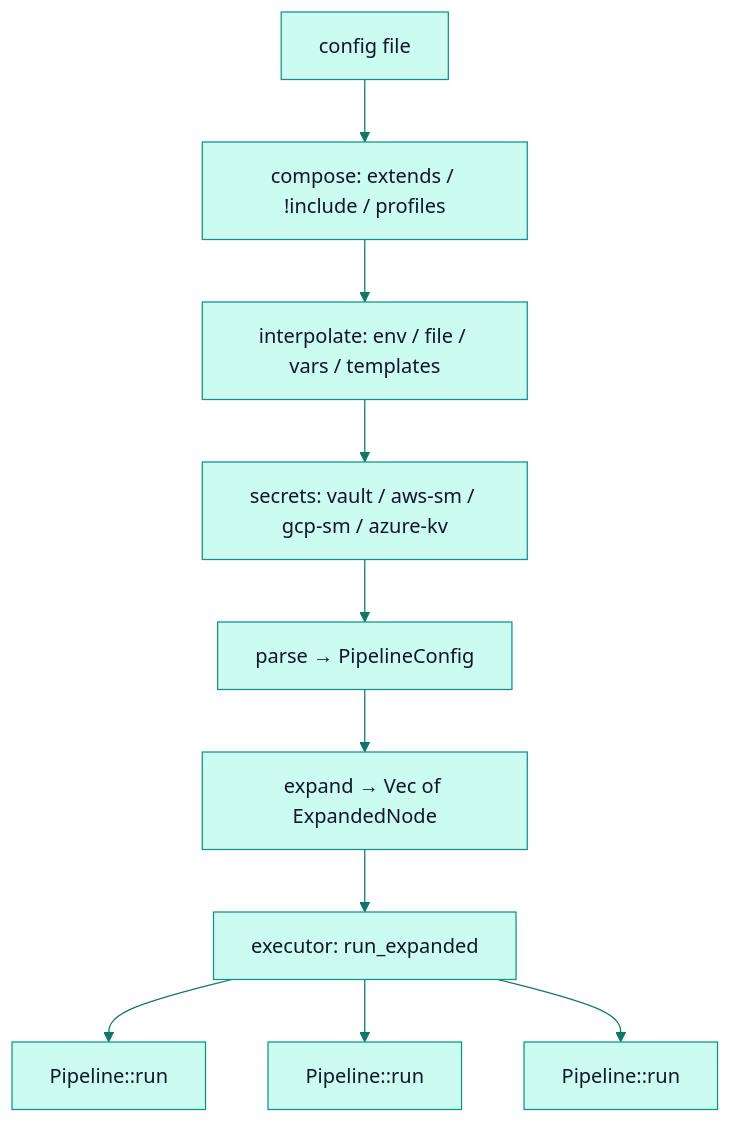
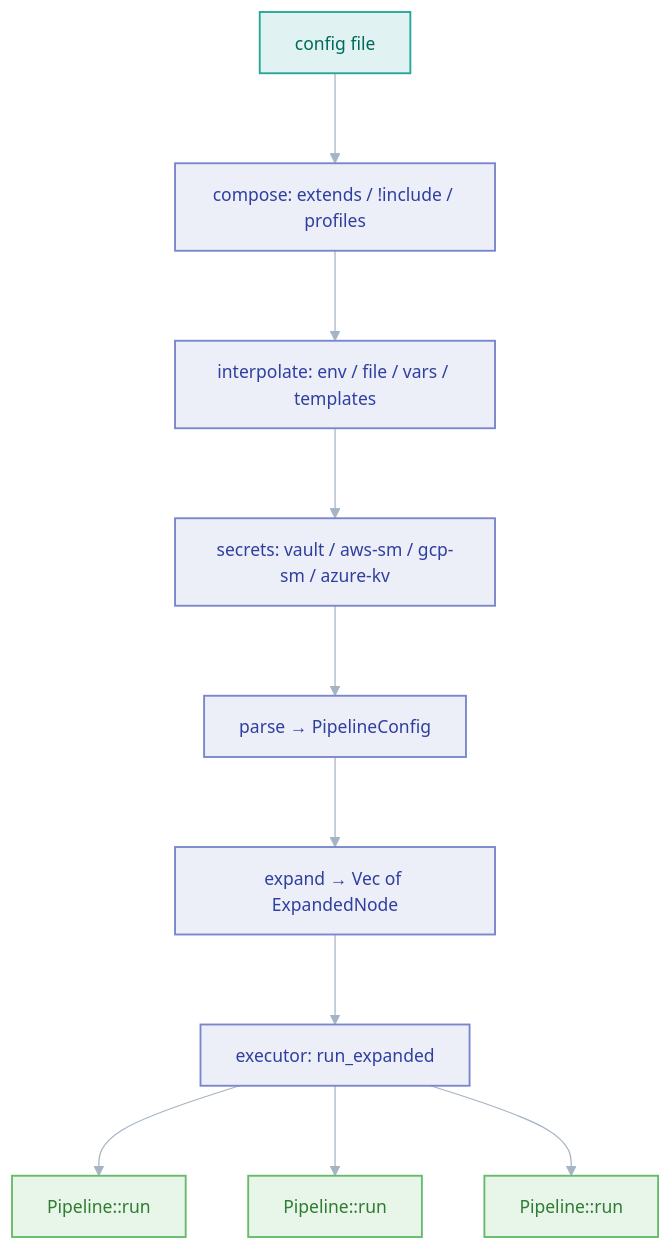
Before and after one commit to PawanSikawat/faucet-stream: the diagram in docs/architecture/execution.md, drawn with Mermaid. The commit also changed 28 other files, not shown here.

First line of the commit message:
docs: upgrade Mermaid diagrams to V2 role-coded style

````diff
--- a/docs/architecture/execution.md
+++ b/docs/architecture/execution.md
@@ -20,13 +20,19 @@
 ```mermaid
-%%{init: {'theme':'base','themeVariables':{'primaryColor':'#ccfbf1','primaryTextColor':'#0f172a','primaryBorderColor':'#0d9488','lineColor':'#0f766e','secondaryColor':'#e0f2fe','tertiaryColor':'#f0fdfa','fontFamily':'-apple-system,BlinkMacSystemFont,Segoe UI,sans-serif'}}}%%
+%%{init: {'theme':'base','flowchart':{'curve':'basis','nodeSpacing':50,'rankSpacing':72,'padding':14},'themeVariables':{'fontFamily':'-apple-system,BlinkMacSystemFont,Segoe UI,sans-serif','fontSize':'14px','lineColor':'#a5b4c4','clusterBkg':'#f8fafc','clusterBorder':'#e2e8f0'}}}%%
 flowchart TD
     F[config file] --> CP[compose: extends / !include / profiles]
     CP --> IN[interpolate: env / file / vars / templates]
     IN --> SEC[secrets: vault / aws-sm / gcp-sm / azure-kv]
     SEC --> PARSE[parse → PipelineConfig]
     PARSE --> EXP[expand → Vec of ExpandedNode]
     EXP --> EXEC[executor: run_expanded]
     EXEC --> P1[Pipeline::run]
     EXEC --> P2[Pipeline::run]
     EXEC --> PN[Pipeline::run]
+    classDef src fill:#e0f2f1,stroke:#26a69a,stroke-width:1.5px,color:#00695c
+    classDef proc fill:#eceff8,stroke:#7986cb,stroke-width:1.5px,color:#303f9f
+    classDef good fill:#e8f5e9,stroke:#66bb6a,stroke-width:1.5px,color:#2e7d32
+    class F src
+    class CP,IN,SEC,PARSE,EXP,EXEC proc
+    class P1,P2,PN good
 ```
````
